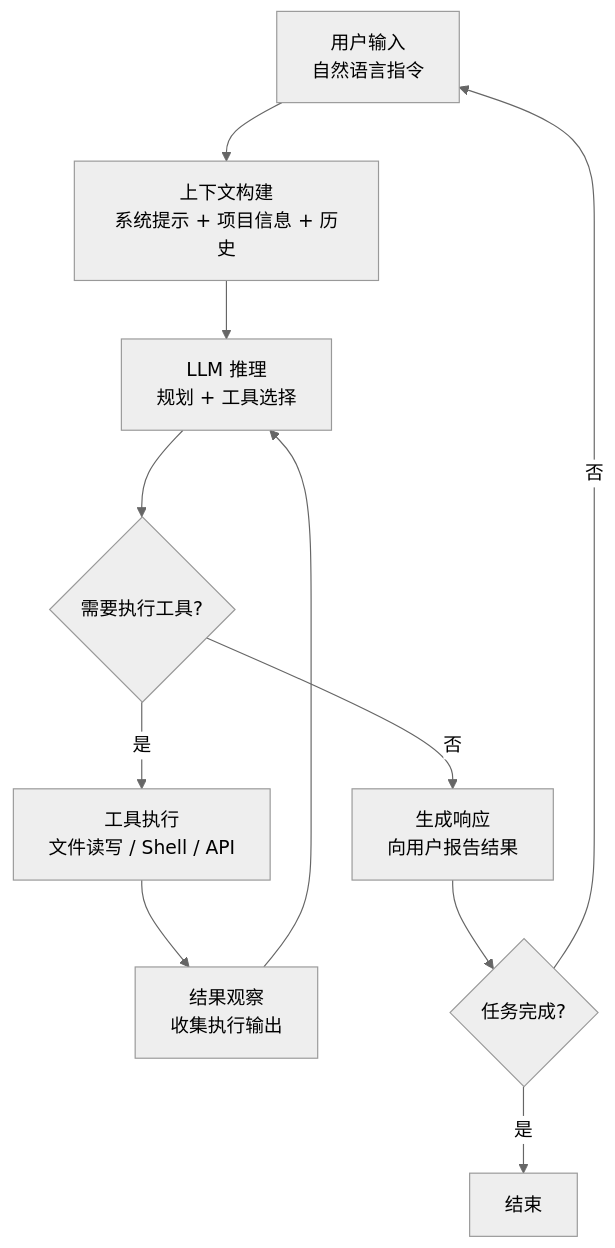
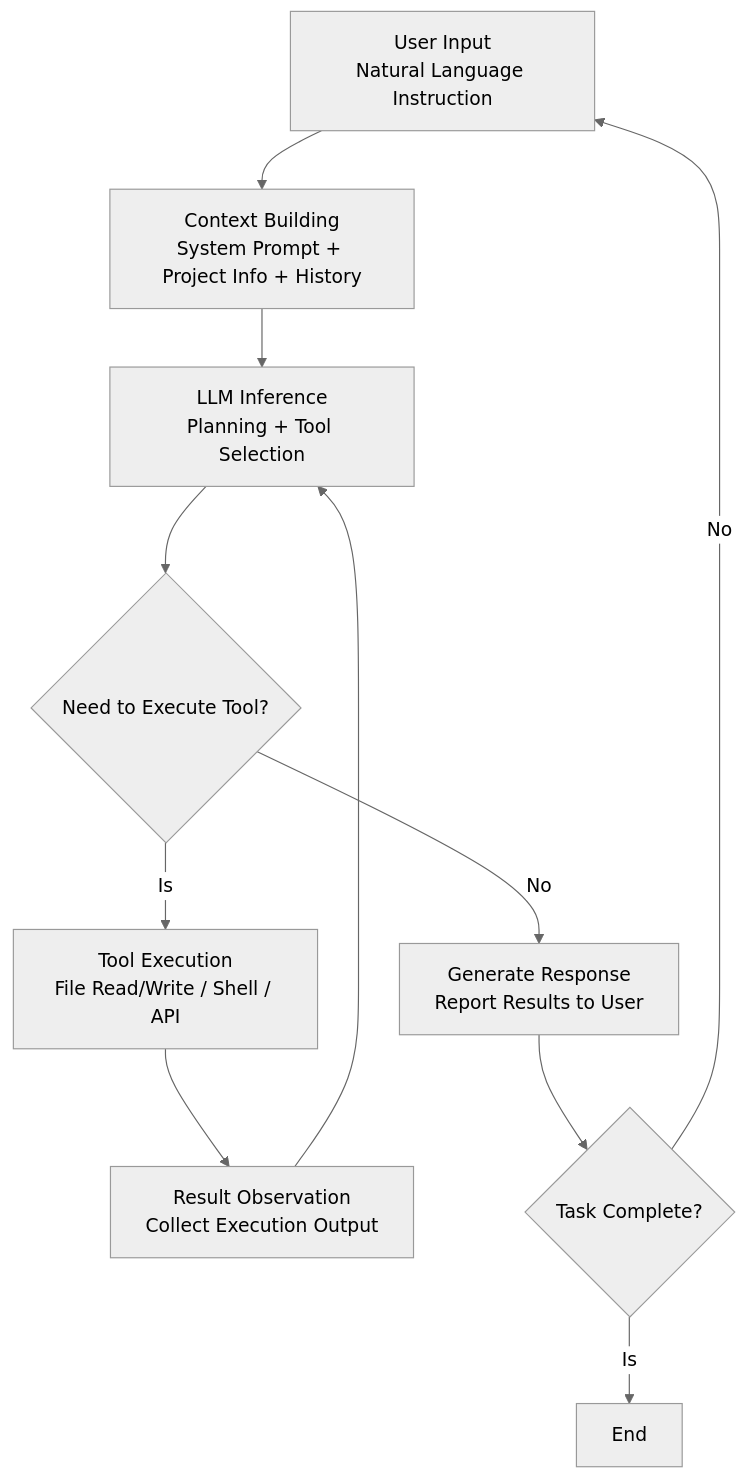
The first of 2 diagrams in tree/infrastructure/kubernetes/ai/ai-agents/23-agent-cli-fundamentals.md (teaglebuilt/knowledge-tree), drawn with Mermaid (neutral theme) before and after one commit. The commit also changed other lines of this file and 8 other files, not shown here.

````diff
--- a/tree/infrastructure/kubernetes/ai/ai-agents/23-agent-cli-fundamentals.md
+++ b/tree/infrastructure/kubernetes/ai/ai-agents/23-agent-cli-fundamentals.md
@@ -161,13 +164,13 @@
 ```mermaid
 graph TB
-    A["用户输入<br/>自然语言指令"] --> B["上下文构建<br/>系统提示 + 项目信息 + 历史"]
-    B --> C["LLM 推理<br/>规划 + 工具选择"]
-    C --> D{"需要执行工具?"}
-    D -- 是 --> E["工具执行<br/>文件读写 / Shell / API"]
-    E --> F["结果观察<br/>收集执行输出"]
+    A["User Input\nNatural Language Instruction"] --> B["Context Building\nSystem Prompt + Project Info + History"]
+    B --> C["LLM Inference\nPlanning + Tool Selection"]
+    C --> D{"Need to Execute Tool?"}
+    D -- Is --> E["Tool Execution\nFile Read/Write / Shell / API"]
+    E --> F["Result Observation\nCollect Execution Output"]
     F --> C
-    D -- 否 --> G["生成响应<br/>向用户报告结果"]
-    G --> H{"任务完成?"}
-    H -- 否 --> A
-    H -- 是 --> I["结束"]
+    D -- No --> G["Generate Response\nReport Results to User"]
+    G --> H{"Task Complete?"}
+    H -- No --> A
+    H -- Is --> I["End"]
 ```
````
